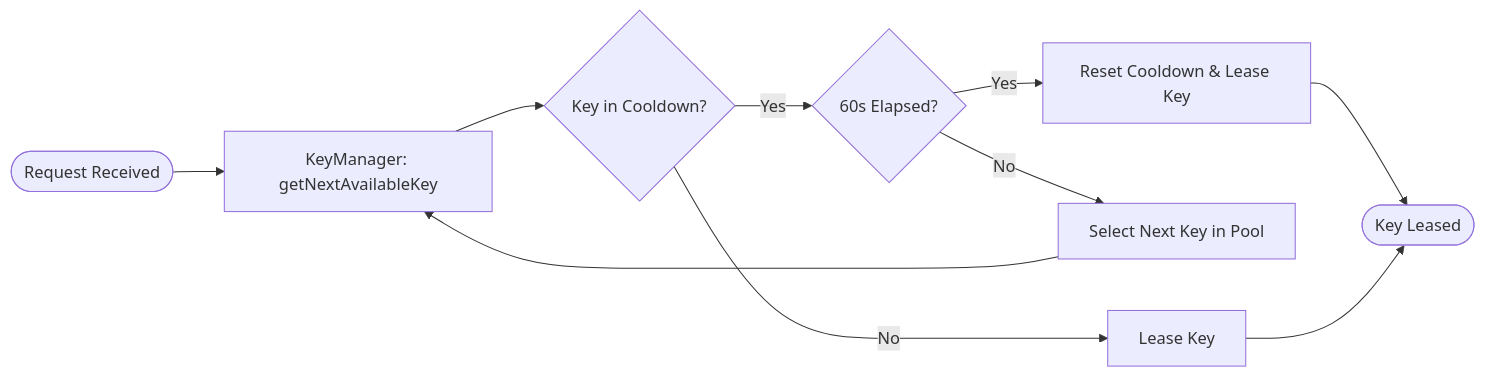
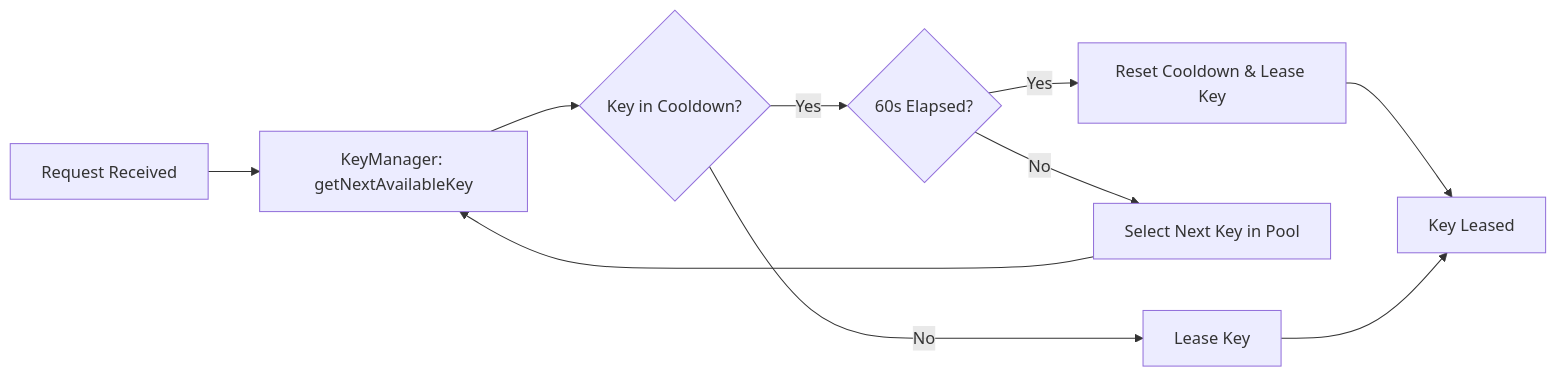
The first of 3 diagrams in README.md (Atulya-Juyal/gemini-api-key-rotator), drawn with Mermaid before and after one commit. The commit also changed other lines of this file, not shown here.

````diff
--- a/README.md
+++ b/README.md
@@ -15,12 +15,12 @@
 ```mermaid
 graph LR
-    A([Request Received]) --> B[KeyManager: getNextAvailableKey]
+    A[Request Received] --> B[KeyManager: getNextAvailableKey]
     B --> C{Key in Cooldown?}
     C -- Yes --> D{60s Elapsed?}
     D -- Yes --> E[Reset Cooldown & Lease Key]
     D -- No --> F[Select Next Key in Pool]
     F --> B
     C -- No --> G[Lease Key]
-    E --> H([Key Leased])
+    E --> H[Key Leased]
     G --> H
 ```
````
